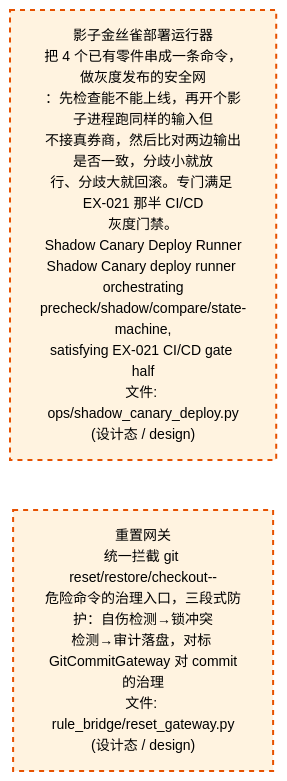
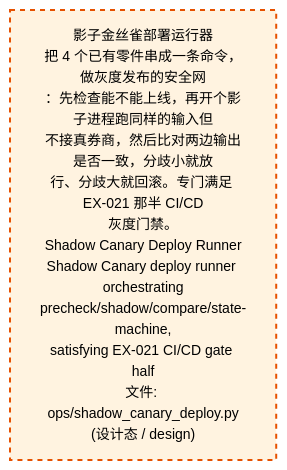
The third of 4 diagrams in docs/02_enterprise_architecture/02_domain_architecture_docs/53_d_gov_enforcement.md (xuanFelixVan/ZephyrAlpha), drawn with Mermaid before and after one commit. The commit also changed other lines of this file and 49 other files, not shown here.

First line of the commit message:
chore(reconciler): batched auto-commit (5 reconcilers) by GitCommitGateway post-commit

````diff
--- a/docs/02_enterprise_architecture/02_domain_architecture_docs/53_d_gov_enforcement.md
+++ b/docs/02_enterprise_architecture/02_domain_architecture_docs/53_d_gov_enforcement.md
@@ -790,12 +798,10 @@
 ```mermaid
 %%{init: {'theme': 'base', 'themeVariables': {'primaryColor': '#eaeaea', 'primaryTextColor': '#333333', 'primaryBorderColor': '#666666', 'lineColor': '#666666', 'secondaryColor': '#eaeaea', 'tertiaryColor': '#eaeaea', 'fontSize': '14px'}}}%%
 flowchart TD
     scripts_ops_shadow_canary_deploy_py["影子金丝雀部署运行器<br/>把 4 个已有零件串成一条命令，做灰度发布的安全网<br/>：先检查能不能上线，再开个影子进程跑同样的输入但<br/>不接真券商，然后比对两边输出是否一致，分歧小就放<br/>行、分歧大就回滚。专门满足 EX-021 那半 CI/CD<br/>灰度门禁。<br/>Shadow Canary Deploy Runner<br/>Shadow Canary deploy runner orchestrating<br/>precheck/shadow/compare/state-machine,<br/>satisfying EX-021 CI/CD gate half<br/>文件: ops/shadow_canary_deploy.py<br/>(设计态 / design)"]
-    src_zephyr_gov_enforcement_rule_bridge_reset_gateway_py["重置网关<br/>统一拦截 git reset/restore/checkout--<br/>危险命令的治理入口，三段式防护：自伤检测→锁冲突<br/>检测→审计落盘，对标 GitCommitGateway 对 commit<br/>的治理<br/>文件: rule_bridge/reset_gateway.py<br/>(设计态 / design)"]
-    scripts_ops_shadow_canary_deploy_py ~~~ src_zephyr_gov_enforcement_rule_bridge_reset_gateway_py
     classDef production fill:#e1f5fe,stroke:#01579b,stroke-width:2px,color:#000
     classDef design fill:#fff3e0,stroke:#e65100,stroke-width:2px,color:#000,stroke-dasharray: 5 5
     classDef external_prod fill:#e8f4fd,stroke:#0277bd,stroke-width:1px,color:#000
     classDef external_design fill:#fff8e7,stroke:#ef6c00,stroke-width:1px,color:#000,stroke-dasharray: 5 5
-    class scripts_ops_shadow_canary_deploy_py,src_zephyr_gov_enforcement_rule_bridge_reset_gateway_py design
+    class scripts_ops_shadow_canary_deploy_py design
 ```
````
